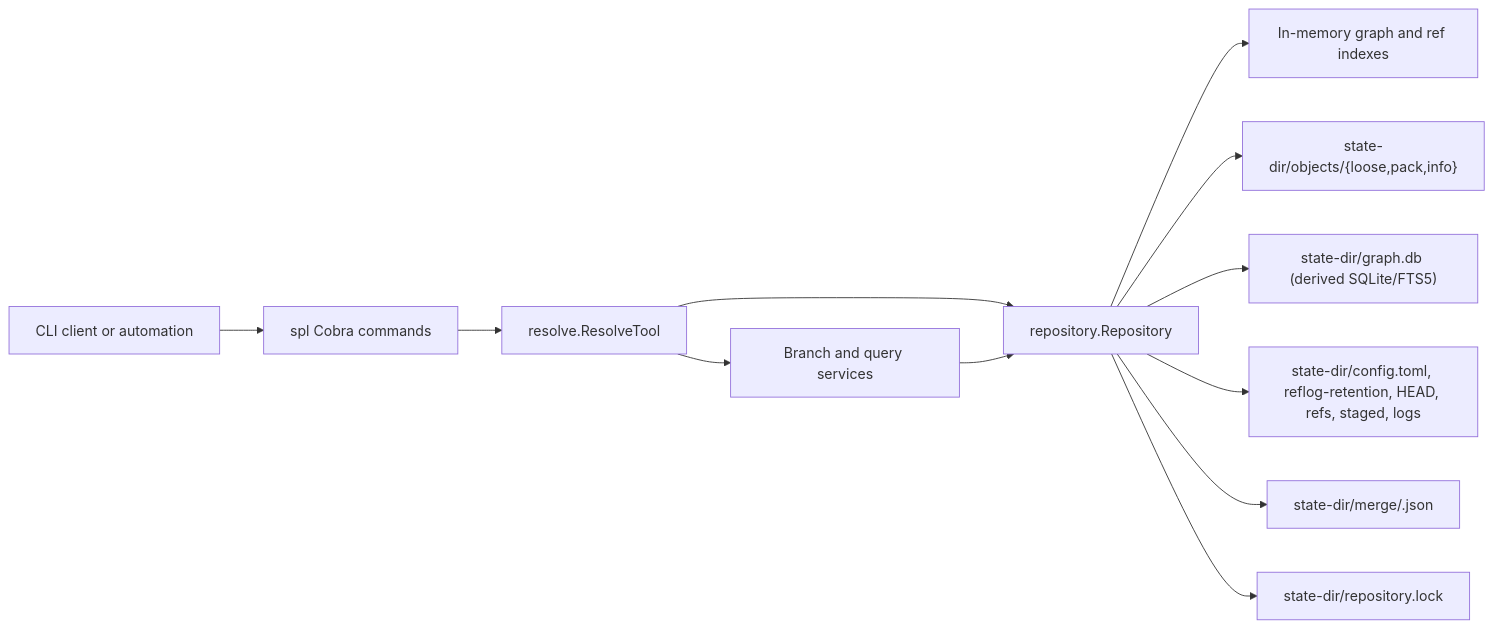
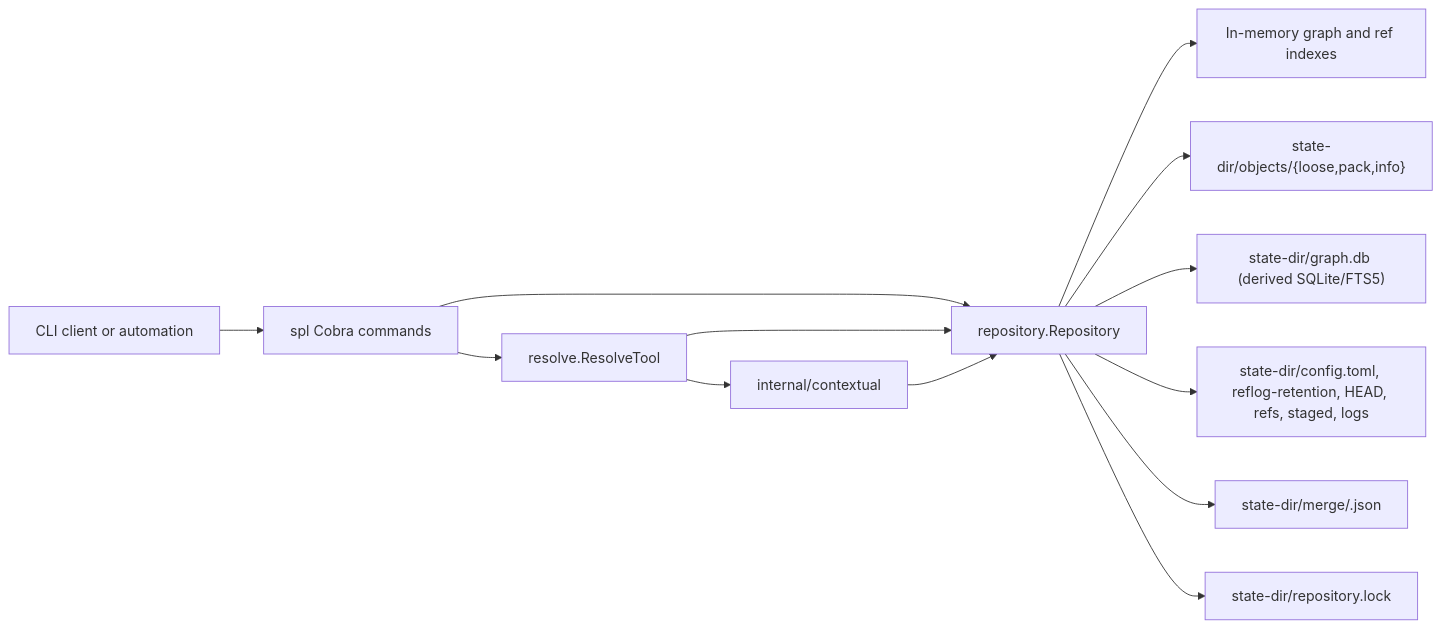
The diagram in docs/architecture.md (autonomous-bits/spool), drawn with Mermaid before and after one commit. The commit also changed other lines of this file and 24 other files, not shown here.

First line of the commit message:
refactor: align codebase with engineering and architecture standards (#43)

````diff
--- a/docs/architecture.md
+++ b/docs/architecture.md
@@ -10,14 +10,15 @@
 ```mermaid
 flowchart LR
     Client[CLI client or automation] --> CLI[spl Cobra commands]
+    CLI --> Repository[repository.Repository]
     CLI --> Tool[resolve.ResolveTool]
-    Tool --> Services[Branch and query services]
-    Tool --> Repository[repository.Repository]
-    Services --> Repository
+    Tool --> Contextual[internal/contextual]
+    Tool --> Repository
+    Contextual --> Repository
     Repository --> Memory[In-memory graph and ref indexes]
     Repository --> Objects["state-dir/objects/{loose,pack,info}"]
     Repository --> Projection["state-dir/graph.db (derived SQLite/FTS5)"]
     Repository --> State["state-dir/config.toml, reflog-retention, HEAD, refs, staged, logs"]
     Repository --> Merge["state-dir/merge/<hashed-branch>.json"]
     Repository --> Lock["state-dir/repository.lock"]
 ```
````
